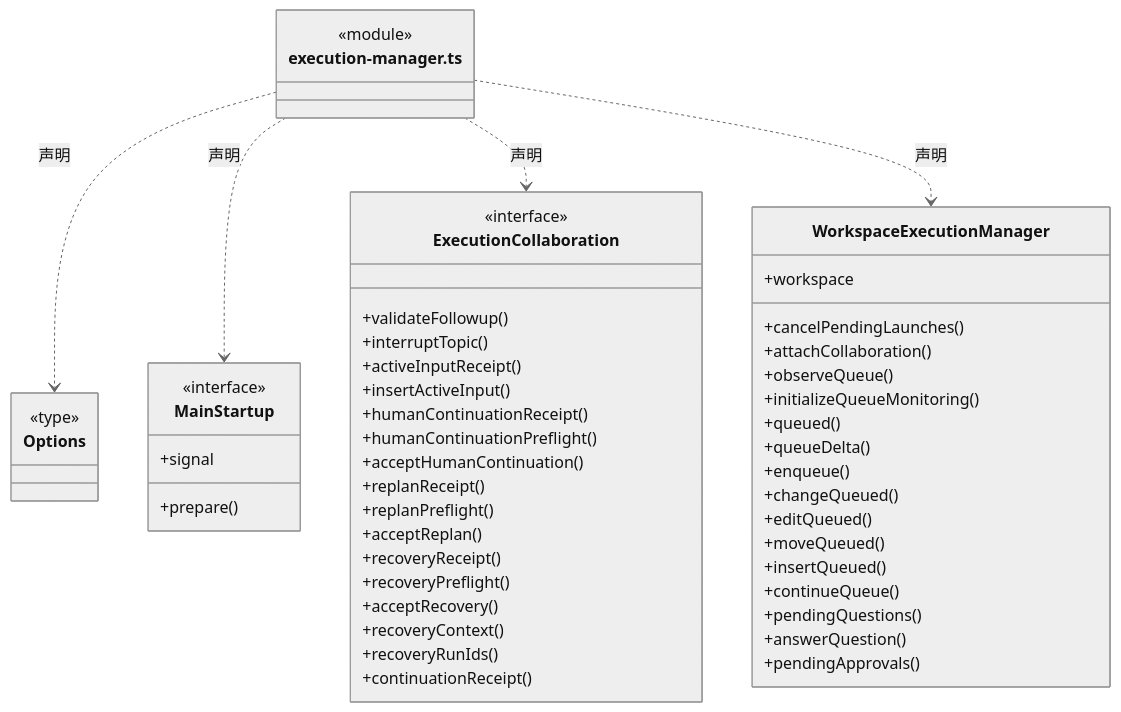
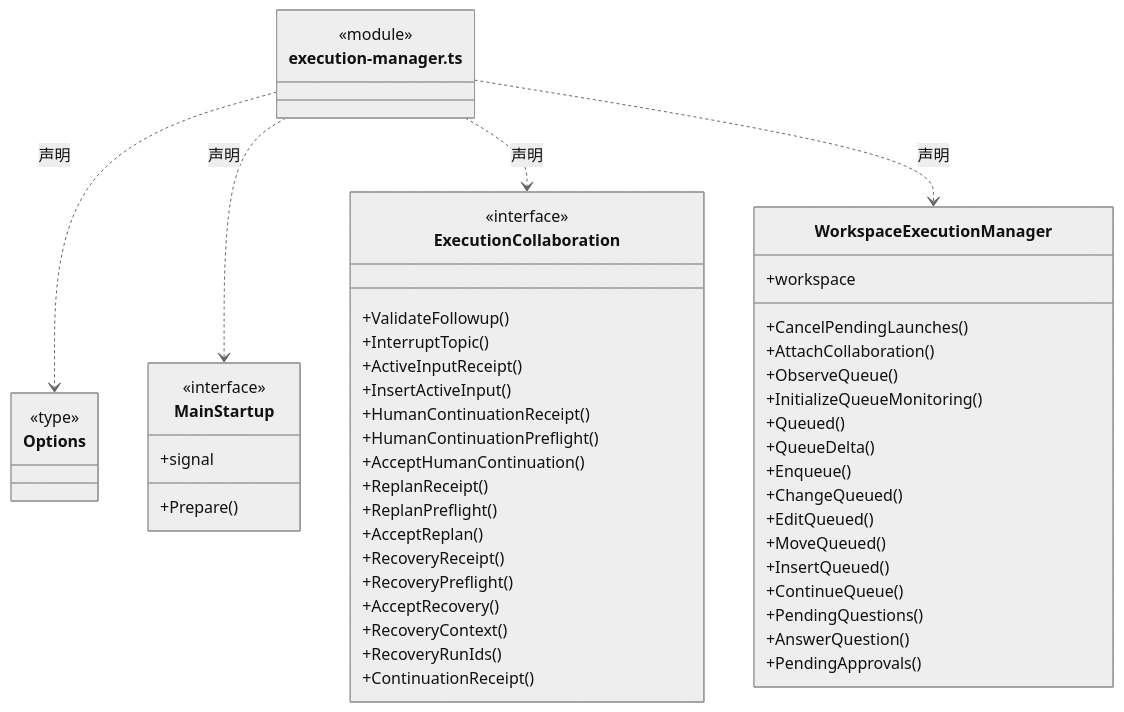
Before and after one commit to nan023062/cbim: the second of 12 diagrams in src/logic/conversation/runtime/ARCHITECTURE.md, drawn with Mermaid (neutral theme). The commit also changed other lines of this file and 1035 other files, not shown here.

````diff
--- a/src/logic/conversation/runtime/ARCHITECTURE.md
+++ b/src/logic/conversation/runtime/ARCHITECTURE.md
@@ -49,56 +49,56 @@
 ```mermaid
 classDiagram
 class N_src_logic_conversation_runtime_execution_manager_ts["execution-manager.ts"] {
   <<module>>
 }
 class N_src_logic_conversation_runtime_execution_manager_ts_Options["Options"] {
   <<type>>
 
 }
 N_src_logic_conversation_runtime_execution_manager_ts ..> N_src_logic_conversation_runtime_execution_manager_ts_Options : 声明
 class N_src_logic_conversation_runtime_execution_manager_ts_MainStartup["MainStartup"] {
   <<interface>>
   +signal
-  +prepare()
+  +Prepare()
 }
 N_src_logic_conversation_runtime_execution_manager_ts ..> N_src_logic_conversation_runtime_execution_manager_ts_MainStartup : 声明
 class N_src_logic_conversation_runtime_execution_manager_ts_ExecutionCollaboration["ExecutionCollaboration"] {
   <<interface>>
-  +validateFollowup()
-  +interruptTopic()
-  +activeInputReceipt()
-  +insertActiveInput()
-  +humanContinuationReceipt()
-  +humanContinuationPreflight()
-  +acceptHumanContinuation()
-  +replanReceipt()
-  +replanPreflight()
-  +acceptReplan()
-  +recoveryReceipt()
-  +recoveryPreflight()
-  +acceptRecovery()
-  +recoveryContext()
-  +recoveryRunIds()
-  +continuationReceipt()
+  +ValidateFollowup()
+  +InterruptTopic()
+  +ActiveInputReceipt()
+  +InsertActiveInput()
+  +HumanContinuationReceipt()
+  +HumanContinuationPreflight()
+  +AcceptHumanContinuation()
+  +ReplanReceipt()
+  +ReplanPreflight()
+  +AcceptReplan()
+  +RecoveryReceipt()
+  +RecoveryPreflight()
+  +AcceptRecovery()
+  +RecoveryContext()
+  +RecoveryRunIds()
+  +ContinuationReceipt()
 }
 N_src_logic_conversation_runtime_execution_manager_ts ..> N_src_logic_conversation_runtime_execution_manager_ts_ExecutionCollaboration : 声明
 class N_src_logic_conversation_runtime_execution_manager_ts_WorkspaceExecutionManager["WorkspaceExecutionManager"] {
   +workspace
-  +cancelPendingLaunches()
-  +attachCollaboration()
-  +observeQueue()
-  +initializeQueueMonitoring()
-  +queued()
-  +queueDelta()
-  +enqueue()
-  +changeQueued()
-  +editQueued()
-  +moveQueued()
-  +insertQueued()
-  +continueQueue()
-  +pendingQuestions()
-  +answerQuestion()
-  +pendingApprovals()
+  +CancelPendingLaunches()
+  +AttachCollaboration()
+  +ObserveQueue()
+  +InitializeQueueMonitoring()
+  +Queued()
+  +QueueDelta()
+  +Enqueue()
+  +ChangeQueued()
+  +EditQueued()
+  +MoveQueued()
+  +InsertQueued()
+  +ContinueQueue()
+  +PendingQuestions()
+  +AnswerQuestion()
+  +PendingApprovals()
 }
 N_src_logic_conversation_runtime_execution_manager_ts ..> N_src_logic_conversation_runtime_execution_manager_ts_WorkspaceExecutionManager : 声明
 ```
````
